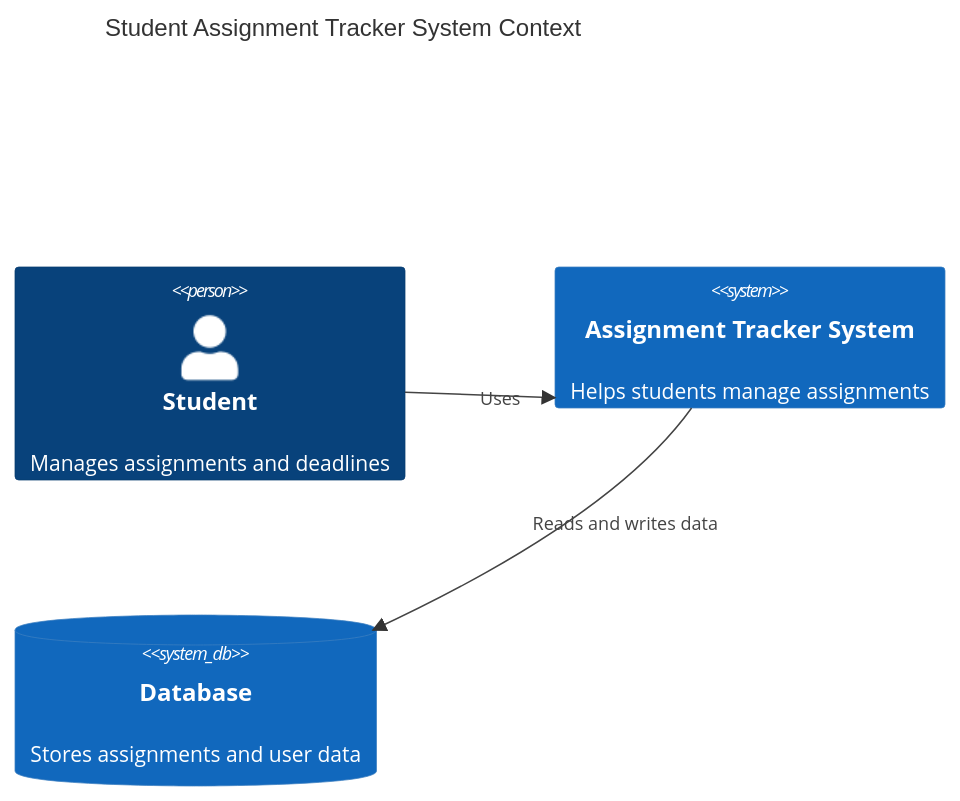
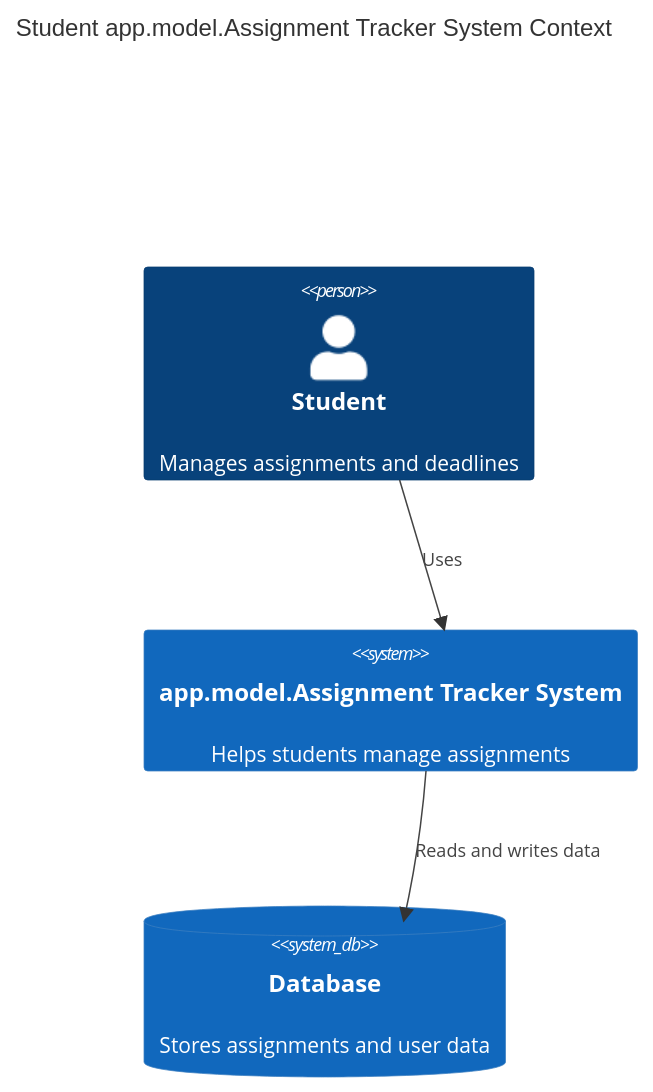
One commit to Leonard-CM/student-assignment-tracker changed the first of 3 diagrams in ARCHITECTURE.md. Above: the diagram before and after it, drawn with Mermaid. The commit also changed other lines of this file and 79 other files, not shown here.

````diff
--- a/ARCHITECTURE.md
+++ b/ARCHITECTURE.md
@@ -19,13 +19,13 @@
 ```mermaid
 C4Context
-title Student Assignment Tracker System Context
+title Student app.model.Assignment Tracker System Context
 
 Person(student, "Student", "Manages assignments and deadlines")
 
-System(system, "Assignment Tracker System", "Helps students manage assignments")
+System(system, "app.model.Assignment Tracker System", "Helps students manage assignments")
 
 SystemDb(database, "Database", "Stores assignments and user data")
 
 Rel(student, system, "Uses")
 Rel(system, database, "Reads and writes data")
 ```
````
